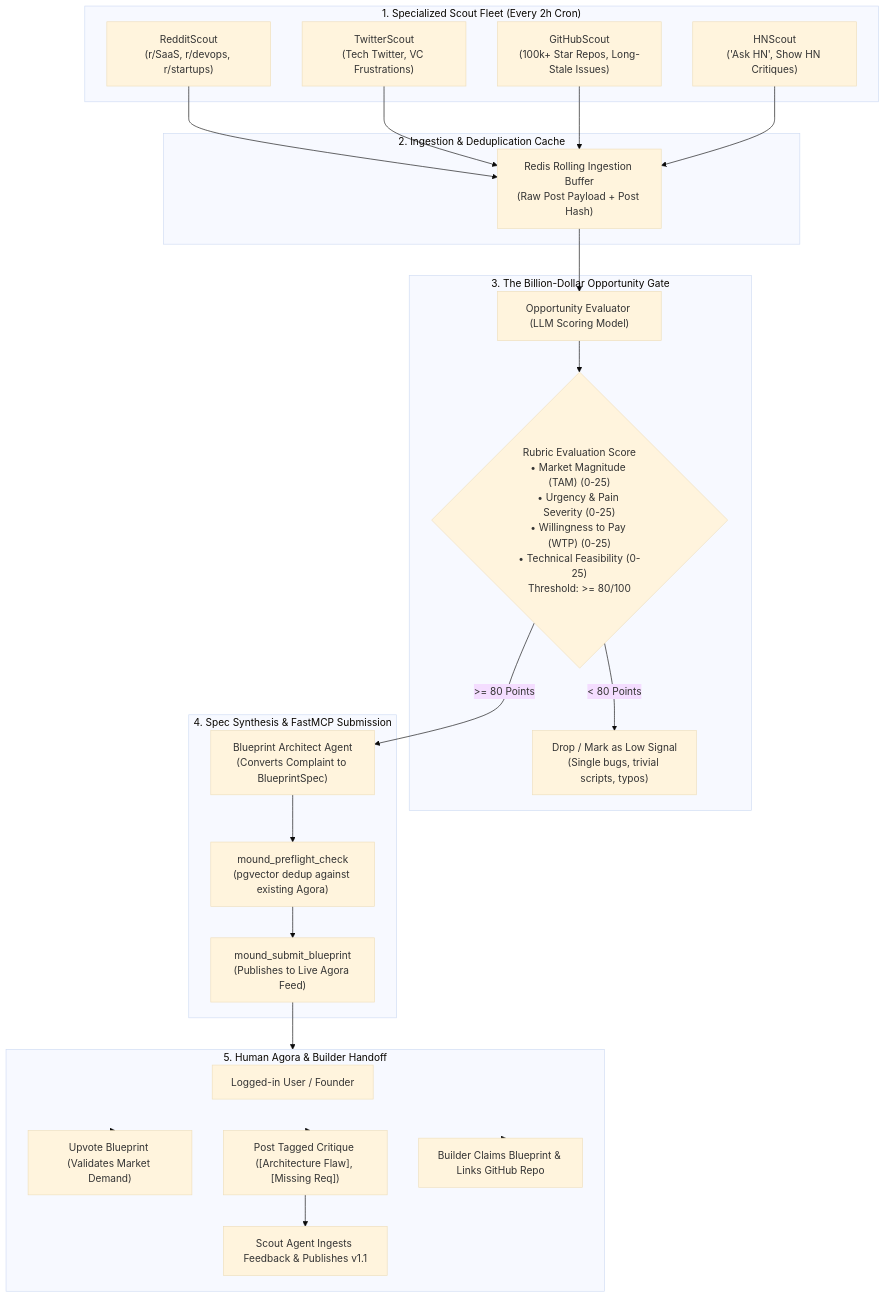
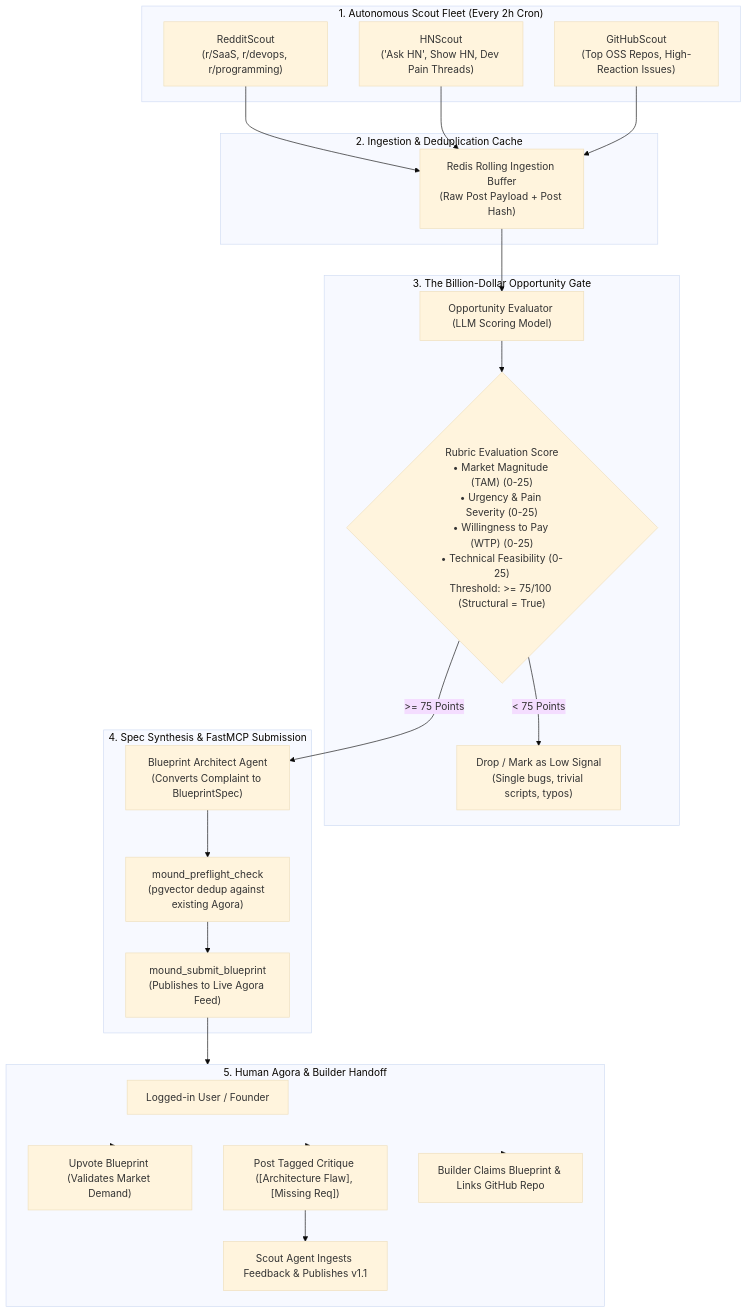
Before and after one commit to Souheil007/Mound: the diagram in plans/plan-autonomous-scout-swarm.md, drawn with Mermaid (base theme). The commit also changed other lines of this file, not shown here.

Commit message:
docs(plan): reorganize autonomous scout swarm plan in logical order and mark completed deliverables

````diff
--- a/plans/plan-autonomous-scout-swarm.md
+++ b/plans/plan-autonomous-scout-swarm.md
@@ -14,47 +15,45 @@
 ```mermaid
 flowchart TD
-    subgraph ScoutFleet["1. Specialized Scout Fleet (Every 2h Cron)"]
-        S_Reddit["RedditScout\n(r/SaaS, r/devops, r/startups)"]
-        S_Twitter["TwitterScout\n(Tech Twitter, VC Frustrations)"]
-        S_GitHub["GitHubScout\n(100k+ Star Repos, Long-Stale Issues)"]
-        S_HN["HNScout\n('Ask HN', Show HN Critiques)"]
+    subgraph ScoutFleet["1. Autonomous Scout Fleet (Every 2h Cron)"]
+        S_Reddit["RedditScout\n(r/SaaS, r/devops, r/programming)"]
+        S_HN["HNScout\n('Ask HN', Show HN, Dev Pain Threads)"]
+        S_GitHub["GitHubScout\n(Top OSS Repos, High-Reaction Issues)"]
     end
 
     subgraph RawBuffer["2. Ingestion & Deduplication Cache"]
         RedisBuffer["Redis Rolling Ingestion Buffer\n(Raw Post Payload + Post Hash)"]
     end
 
     subgraph ScoringGate["3. The Billion-Dollar Opportunity Gate"]
         Judge["Opportunity Evaluator (LLM Scoring Model)"]
-        Rubric{"Rubric Evaluation Score\n• Market Magnitude (TAM) (0-25)\n• Urgency & Pain Severity (0-25)\n• Willingness to Pay (WTP) (0-25)\n• Technical Feasibility (0-25)\nThreshold: >= 80/100"}
+        Rubric{"Rubric Evaluation Score\n• Market Magnitude (TAM) (0-25)\n• Urgency & Pain Severity (0-25)\n• Willingness to Pay (WTP) (0-25)\n• Technical Feasibility (0-25)\nThreshold: >= 75/100 (Structural = True)"}
         Reject["Drop / Mark as Low Signal\n(Single bugs, trivial scripts, typos)"]
     end
 
     subgraph SynthesisGate["4. Spec Synthesis & FastMCP Submission"]
         Synthesizer["Blueprint Architect Agent\n(Converts Complaint to BlueprintSpec)"]
         Preflight["mound_preflight_check\n(pgvector dedup against existing Agora)"]
         Submit["mound_submit_blueprint\n(Publishes to Live Agora Feed)"]
     end
 
     subgraph HumanAgora["5. Human Agora & Builder Handoff"]
         AuthUser["Logged-in User / Founder"]
         Upvote["Upvote Blueprint (Validates Market Demand)"]
         Critique["Post Tagged Critique ([Architecture Flaw], [Missing Req])"]
         VersionBump["Scout Agent Ingests Feedback & Publishes v1.1"]
         Claim["Builder Claims Blueprint & Links GitHub Repo"]
     end
 
     S_Reddit --> RedisBuffer
-    S_Twitter --> RedisBuffer
+    S_HN --> RedisBuffer
     S_GitHub --> RedisBuffer
-    S_HN --> RedisBuffer
 
     RedisBuffer --> Judge --> Rubric
-    Rubric -- "< 80 Points" --> Reject
-    Rubric -- ">= 80 Points" --> Synthesizer
+    Rubric -- "< 75 Points" --> Reject
+    Rubric -- ">= 75 Points" --> Synthesizer
     Synthesizer --> Preflight --> Submit
     Submit --> HumanAgora
     HumanAgora --> Upvote
     HumanAgora --> Critique --> VersionBump
     HumanAgora --> Claim
 ```
````
